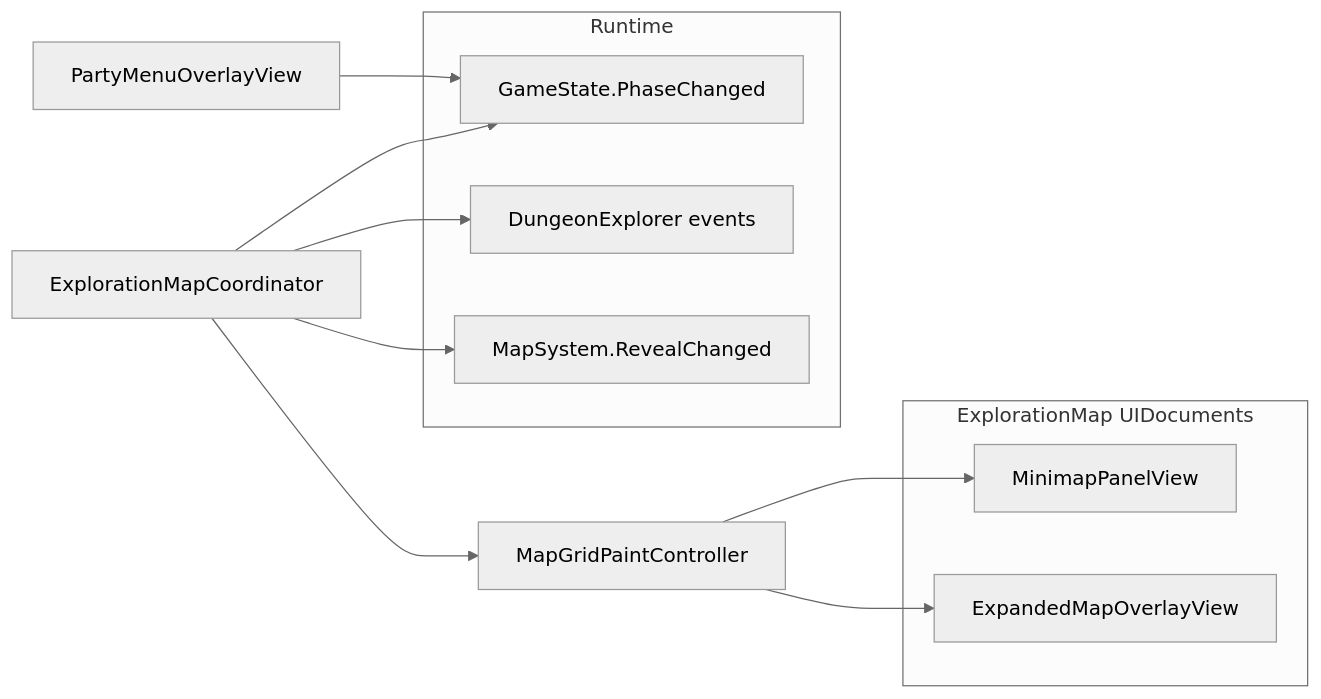
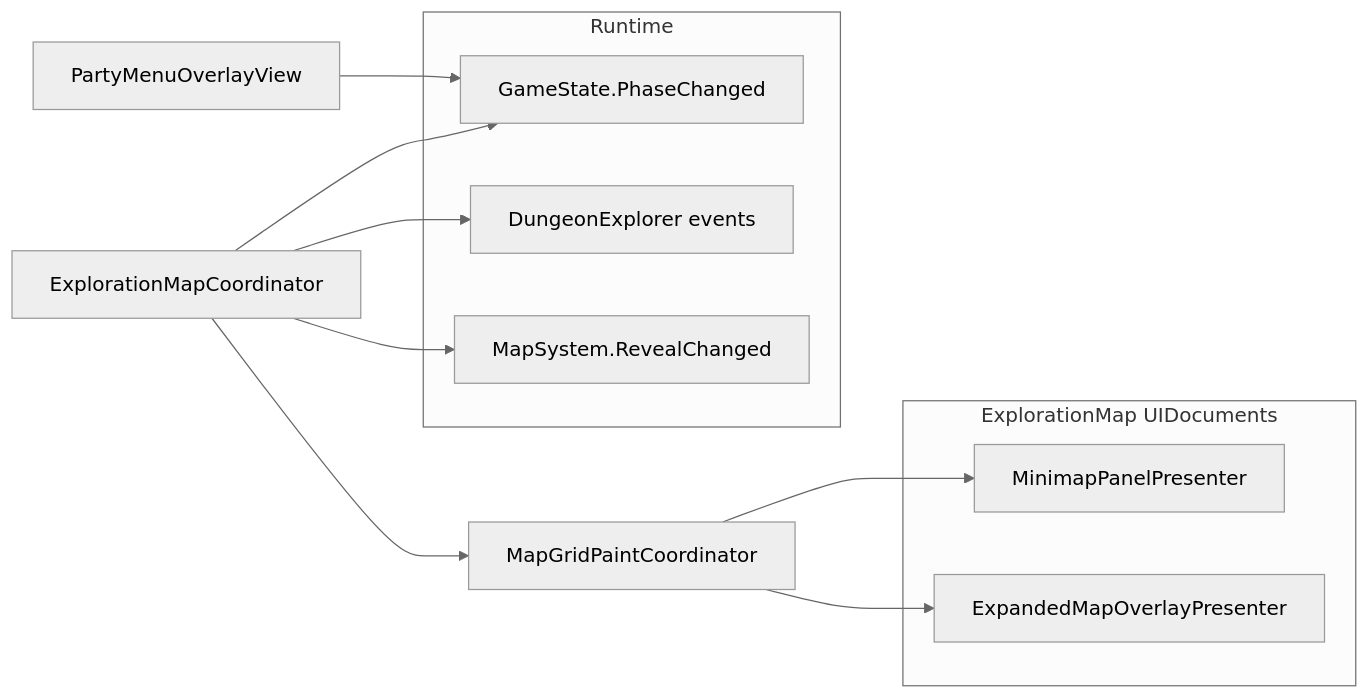
One commit to miramocha/griddungeon-design-docs changed the third of 5 diagrams in docs/02-systems/exploration-ui.md. Above: the diagram before and after it, drawn with Mermaid (neutral theme). The commit also changed other lines of this file and 14 other files, not shown here.

````diff
--- a/docs/02-systems/exploration-ui.md
+++ b/docs/02-systems/exploration-ui.md
@@ -149,25 +149,25 @@
 ```mermaid
 flowchart LR
     subgraph MapSurfaces["ExplorationMap UIDocuments"]
-        MM[MinimapPanelView]
-        EXP[ExpandedMapOverlayView]
+        MM[MinimapPanelPresenter]
+        EXP[ExpandedMapOverlayPresenter]
     end
 
     subgraph Runtime["Runtime"]
         GS[GameState.PhaseChanged]
         EX[DungeonExplorer events]
         MS[MapSystem.RevealChanged]
     end
 
     PMO[PartyMenuOverlayView]
     EMC[ExplorationMapCoordinator]
-    PAINT[MapGridPaintController]
+    PAINT[MapGridPaintCoordinator]
 
     PMO --> GS
     EMC --> PAINT
     PAINT --> MM
     PAINT --> EXP
     EMC --> GS
     EMC --> EX
     EMC --> MS
 ```
````
